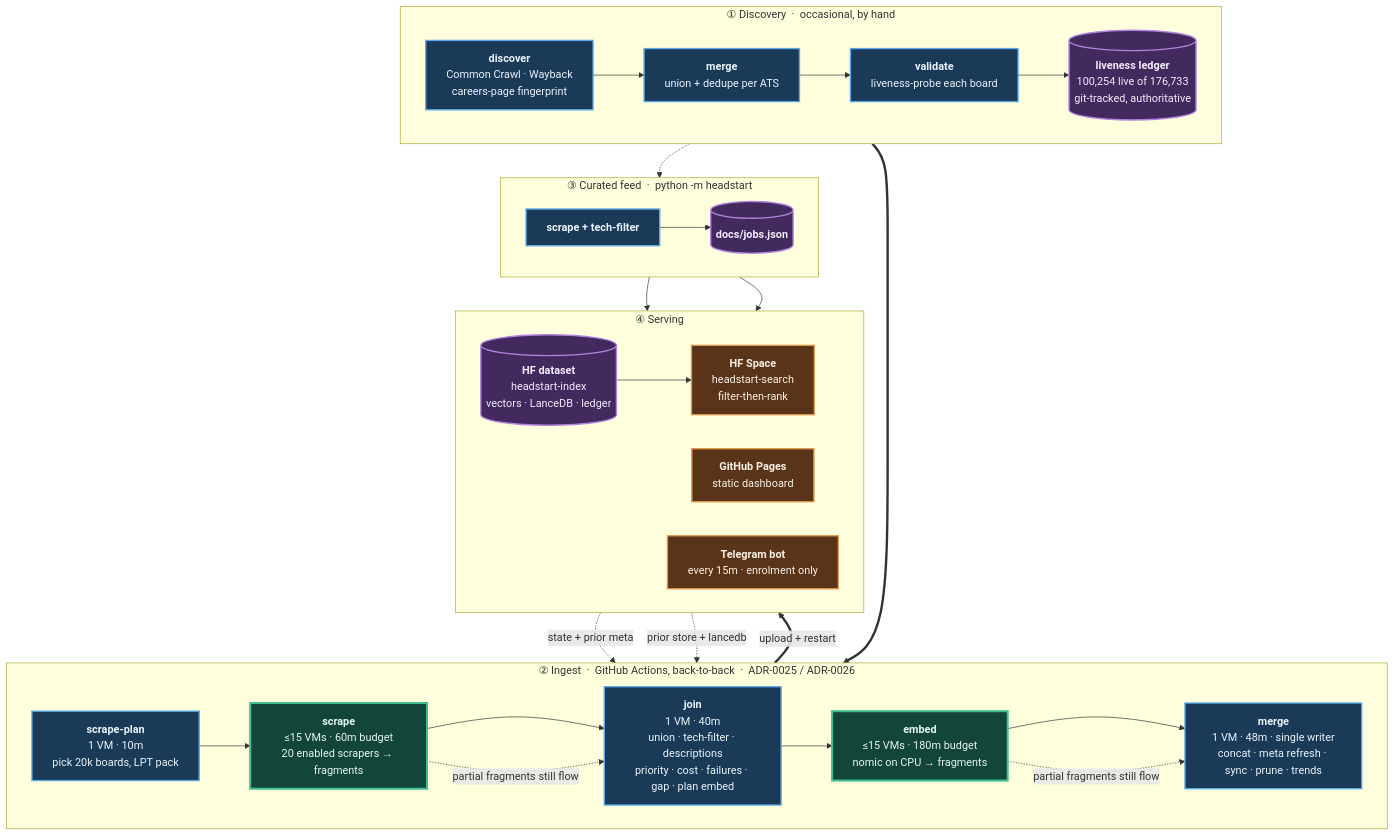
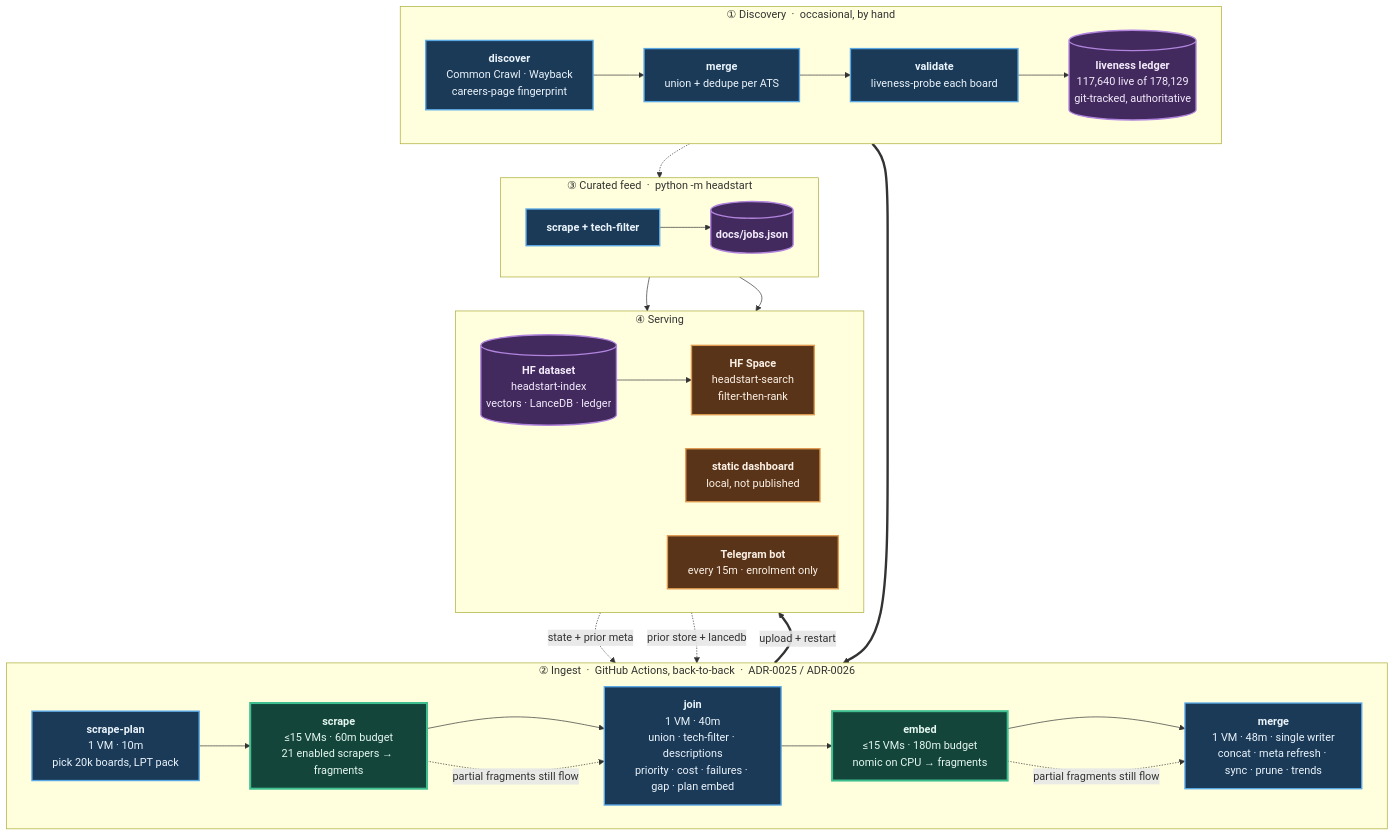
The diagram in README.md (sarthakjain004/headstart), drawn with Mermaid before and after one commit. The commit also changed other lines of this file, not shown here.

````diff
--- a/README.md
+++ b/README.md
@@ -35,56 +84,56 @@
 ```mermaid
 flowchart TB
     subgraph D["① Discovery &nbsp;·&nbsp; occasional, by hand"]
         direction LR
         D1["<b>discover</b><br/>Common Crawl · Wayback<br/>careers-page fingerprint"]
         D2["<b>merge</b><br/>union + dedupe per ATS"]
         D3["<b>validate</b><br/>liveness-probe each board"]
-        D4[("<b>liveness ledger</b><br/>100,254 live of 176,733<br/>git-tracked, authoritative")]
+        D4[("<b>liveness ledger</b><br/>117,640 live of 178,129<br/>git-tracked, authoritative")]
         D1 --> D2 --> D3 --> D4
     end
 
     subgraph P["② Ingest &nbsp;·&nbsp; GitHub Actions, back-to-back &nbsp;·&nbsp; ADR-0025 / ADR-0026"]
         direction LR
         P1["<b>scrape-plan</b><br/>1 VM · 10m<br/>pick 20k boards, LPT pack"]
-        P2["<b>scrape</b><br/>≤15 VMs · 60m budget<br/>20 enabled scrapers → fragments"]
+        P2["<b>scrape</b><br/>≤15 VMs · 60m budget<br/>21 enabled scrapers → fragments"]
         P3["<b>join</b><br/>1 VM · 40m<br/>union · tech-filter · descriptions<br/>priority · cost · failures · gap · plan embed"]
         P4["<b>embed</b><br/>≤15 VMs · 180m budget<br/>nomic on CPU → fragments"]
         P5["<b>merge</b><br/>1 VM · 48m · single writer<br/>concat · meta refresh · sync · prune · trends"]
         P1 --> P2 --> P3 --> P4 --> P5
     end
 
     subgraph F["③ Curated feed &nbsp;·&nbsp; python -m headstart"]
         direction LR
         F1["<b>scrape + tech-filter</b>"]
         F2[("<b>docs/jobs.json</b>")]
         F1 --> F2
     end
 
     subgraph S["④ Serving"]
         direction LR
         S1[("<b>HF dataset</b><br/>headstart-index<br/>vectors · LanceDB · ledger")]
         S2["<b>HF Space</b><br/>headstart-search<br/>filter-then-rank"]
-        S3["<b>GitHub Pages</b><br/>static dashboard"]
+        S3["<b>static dashboard</b><br/>local, not published"]
         S4["<b>Telegram bot</b><br/>every 15m · enrolment only"]
         S1 --> S2
     end
 
     D4 ==> P1
     S1 -. "state + prior meta" .-> P1
     S1 -. "prior store + lancedb" .-> P5
     D4 -.-> F1
     P5 ==>|"upload + restart"| S1
     F2 --> S3
     F2 --> S4
     P2 -. "partial fragments still flow" .-> P3
     P4 -. "partial fragments still flow" .-> P5
 
     classDef serial fill:#1b3a57,stroke:#5aa9e6,stroke-width:2px,color:#eaf4fc
     classDef fan fill:#14453a,stroke:#3fbf8f,stroke-width:3px,color:#e4f7f0
     classDef store fill:#42295e,stroke:#b184dd,stroke-width:2px,color:#f4ecfc
     classDef serve fill:#5a3418,stroke:#e09a4f,stroke-width:2px,color:#fbf1e6
     class D1,D2,D3,P1,P3,P5,F1 serial
     class P2,P4 fan
     class D4,F2,S1 store
     class S2,S3,S4 serve
 ```
````
